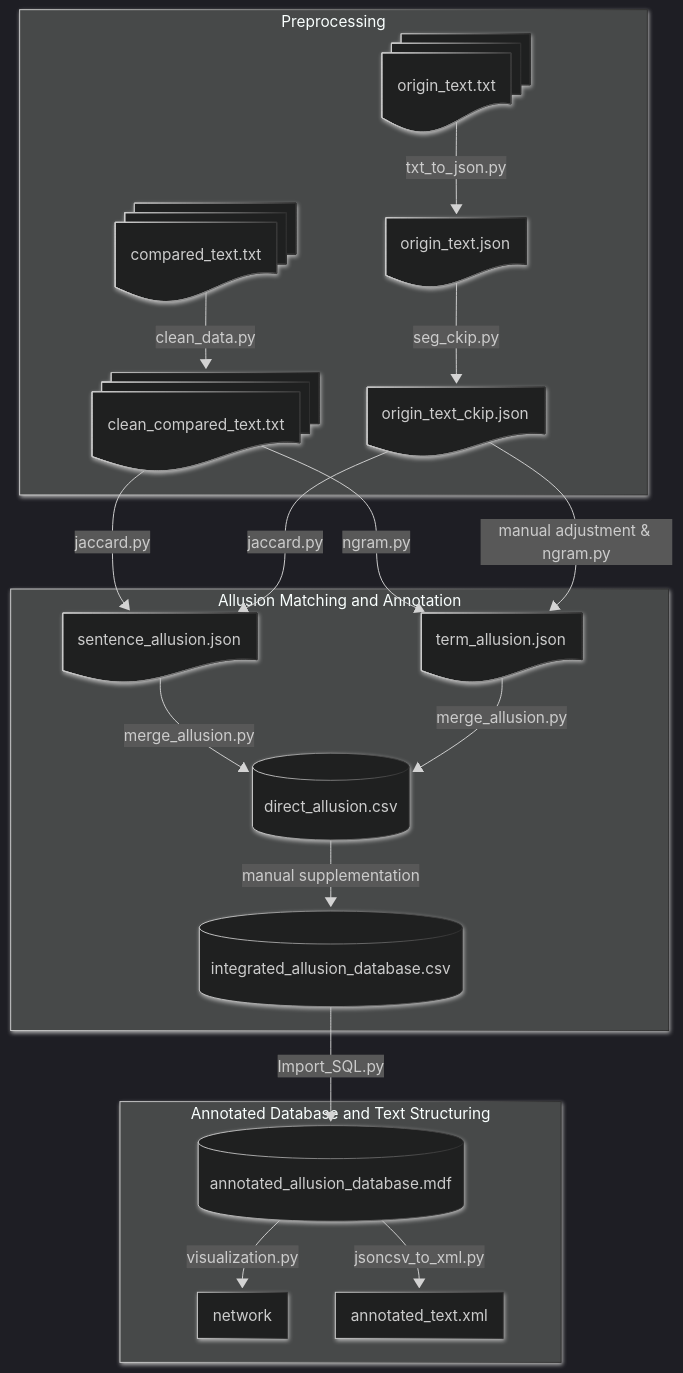
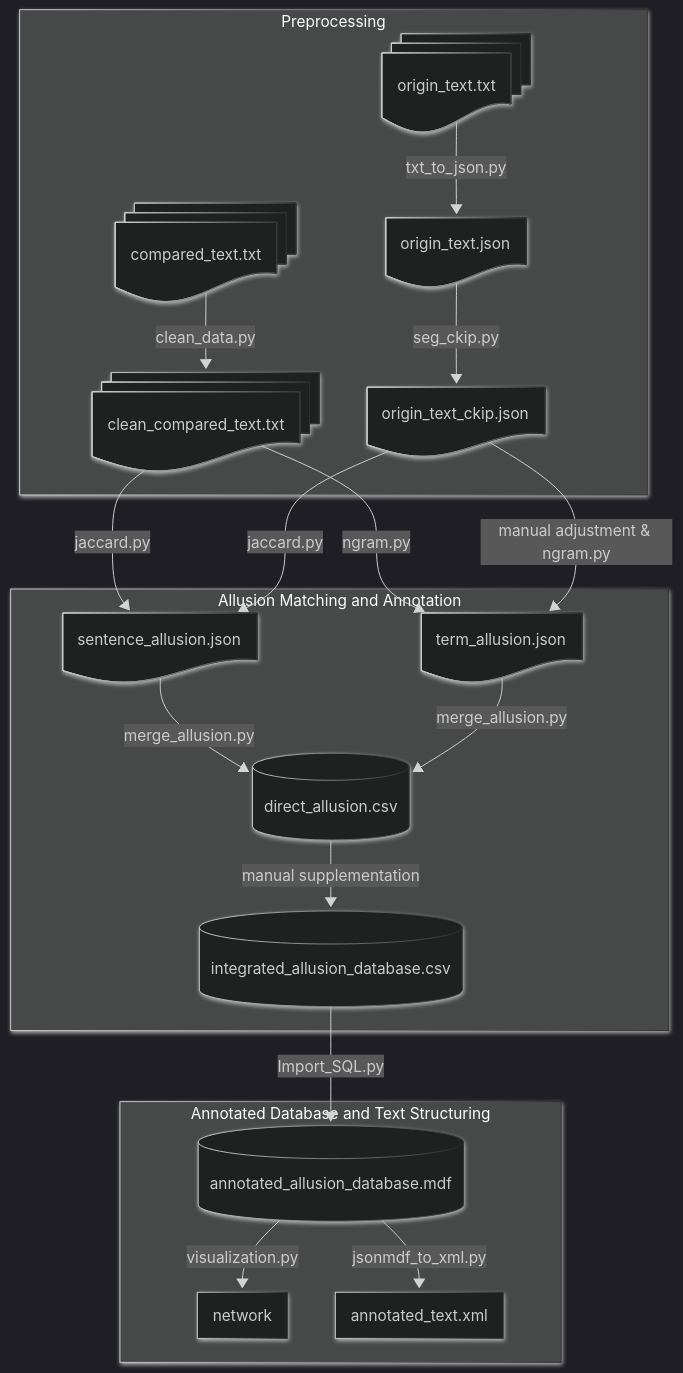
Before and after one commit to Taoyi-Chiang/lufu_allusion: the diagram in README.md, drawn with Mermaid.

````diff
--- a/README.md
+++ b/README.md
@@ -2,48 +2,48 @@
 ```mermaid
 ---
 config:
   theme: dark
   look: neo
 ---
 flowchart TD
   subgraph Preprocessing["Preprocessing"]
       B1["origin_text.json"]
       B2["origin_text_ckip.json"]
       A1["origin_text.txt"]
       A2["compared_text.txt"]
       A3["clean_compared_text.txt"]
   end
   subgraph subGraph1["Allusion Matching and Annotation"]
       C1["sentence_allusion.json"]
       C2["term_allusion.json"]
       D1[("direct_allusion.csv")]
       E1[("integrated_allusion_database.csv")]
   end
   subgraph subGraph2["Annotated Database and Text Structuring"]
       E2[("annotated_allusion_database.mdf")]
       F1["network"]
       F2["annotated_text.xml"]
   end
     A1 -- "txt_to_json.py" --> B1
     A2 -- "clean_data.py" --> A3
     A3 -- "jaccard.py" --> C1
     A3 -- "ngram.py" --> C2
     B1 -- "seg_ckip.py" --> B2
     B2 -- "jaccard.py" --> C1
     C1 -- "merge_allusion.py" --> D1
     B2 -- "manual adjustment & ngram.py" --> C2
     C2 -- "merge_allusion.py" --> D1
     D1 -- "manual supplementation" --> E1
     E1 -- "Import_SQL.py" --> E2
     E2 -- "visualization.py" --> F1
-    E2 -- "jsoncsv_to_xml.py" --> F2
+    E2 -- "jsonmdf_to_xml.py" --> F2
 
     %% 文件icon
     A1@{ shape: docs}
     A2@{ shape: docs}
     A3@{ shape: docs}
     B1@{ shape: doc}
     B2@{ shape: doc}
     C1@{ shape: doc}
     C2@{ shape: doc}
 ```
````
